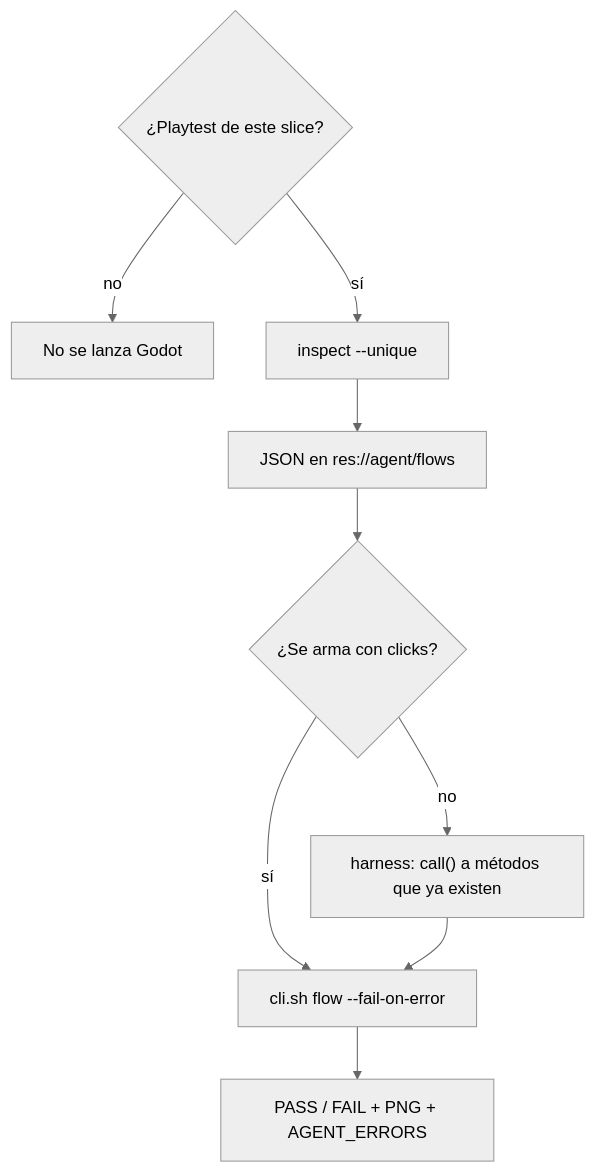
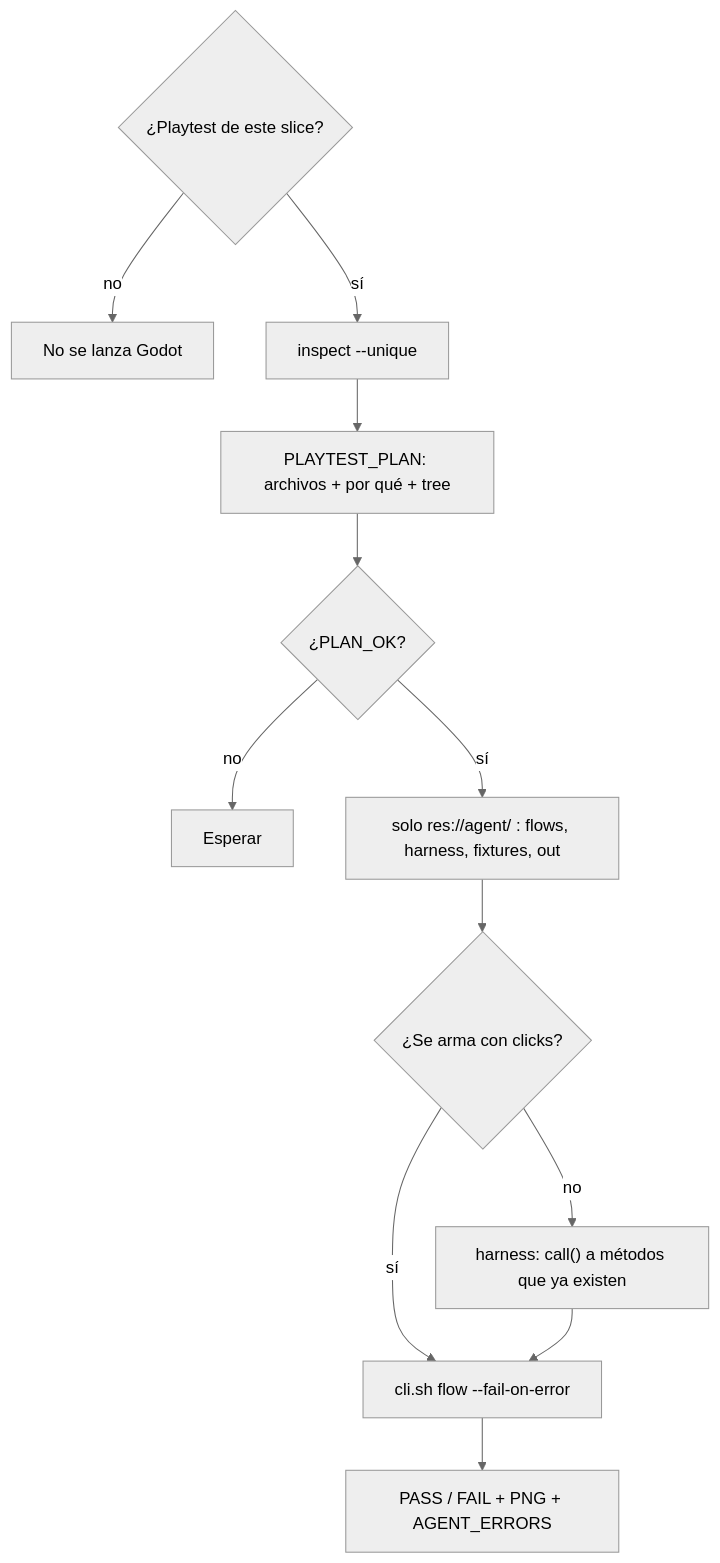
Before and after one commit to Joelnicolass/godot-studio-playtest: the second of 2 diagrams in README.md, drawn with Mermaid (neutral theme). The commit also changed other lines of this file and 20 other files, not shown here.

First line of the commit message:
Refine AgentKit documentation and enforce isolation rules for playtest files.

````diff
--- a/README.md
+++ b/README.md
@@ -66,12 +66,15 @@
 ```mermaid
 flowchart TD
   ask{¿Playtest de este slice?}
   ask -->|no| stop[No se lanza Godot]
   ask -->|sí| inspect[inspect --unique]
-  inspect --> flow[JSON en res://agent/flows]
+  inspect --> plan[PLAYTEST_PLAN: archivos + por qué + tree]
+  plan --> okp{¿PLAN_OK?}
+  okp -->|no| wait[Esperar]
+  okp -->|sí| flow["solo res://agent/ : flows, harness, fixtures, out"]
   flow --> clicks{¿Se arma con clicks?}
   clicks -->|sí| run["cli.sh flow --fail-on-error"]
   clicks -->|no| harness["harness: call() a métodos que ya existen"]
   harness --> run
   run --> report[PASS / FAIL + PNG + AGENT_ERRORS]
 ```
````
